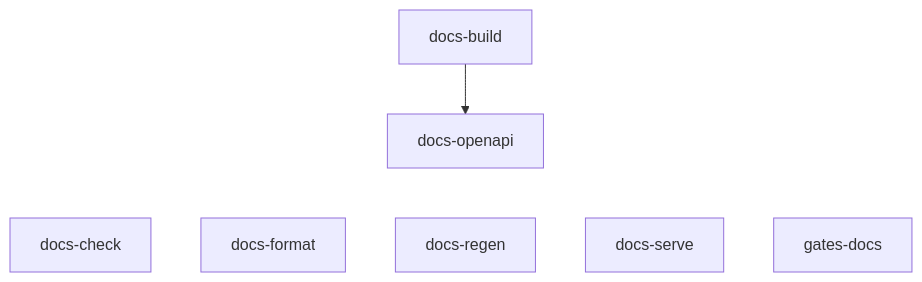
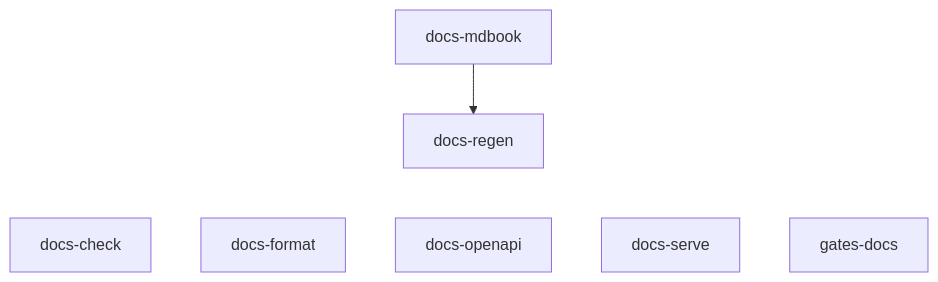
One commit to codesam88/picasu changed the sixth of 11 diagrams in docs/quality-gates.md. Above: the diagram before and after it, drawn with Mermaid. The commit also changed other lines of this file and 5 other files, not shown here.

````diff
--- a/docs/quality-gates.md
+++ b/docs/quality-gates.md
@@ -186,12 +186,12 @@
 ```mermaid
 graph TD
-  docs-build
   docs-check
   docs-format
+  docs-mdbook
   docs-openapi
   docs-regen
   docs-serve
   gates-docs
-  docs-build --> docs-openapi
-  docs-openapi ~~~ docs-check & docs-format & docs-regen & docs-serve & gates-docs
+  docs-mdbook --> docs-regen
+  docs-regen ~~~ docs-check & docs-format & docs-openapi & docs-serve & gates-docs
 ```
````
